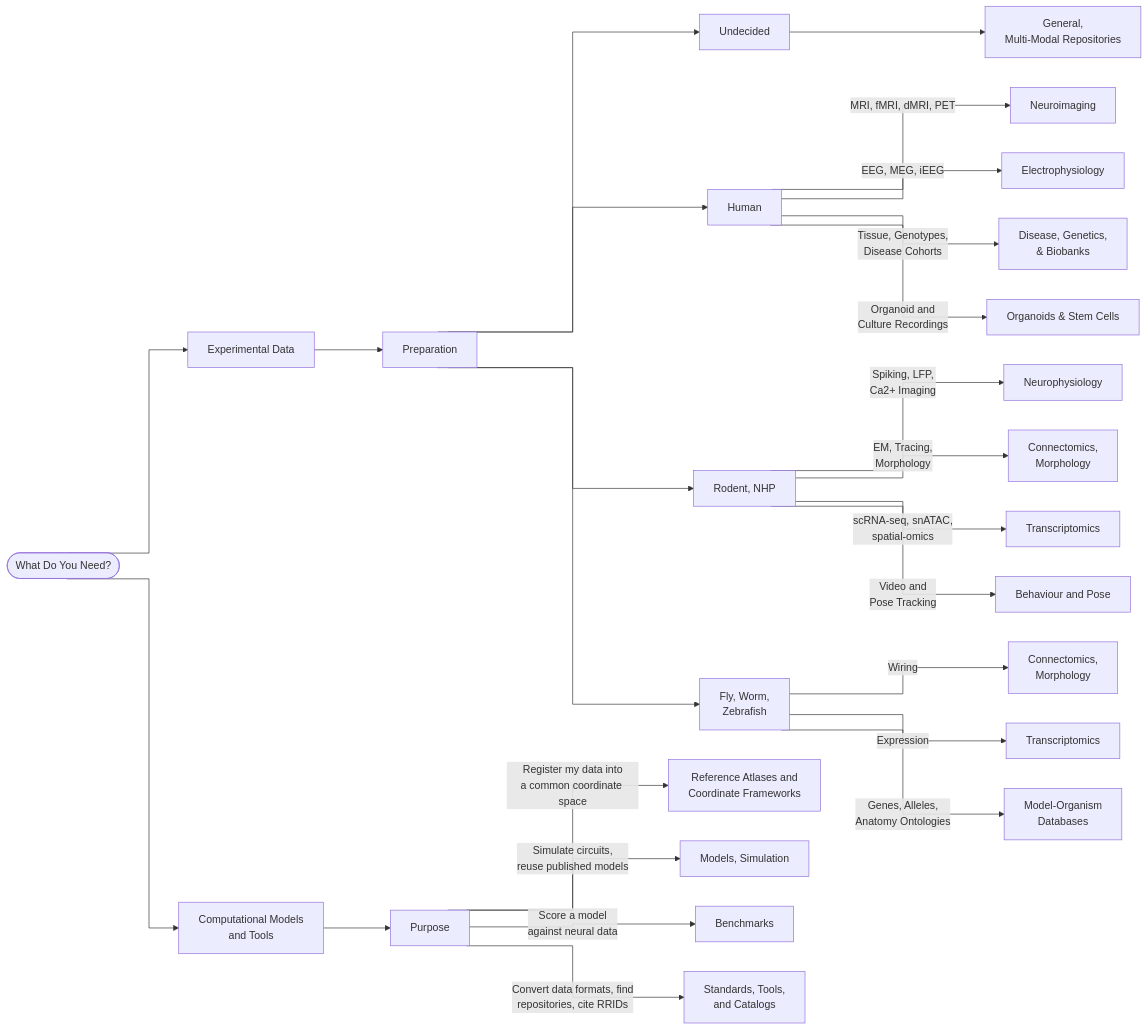
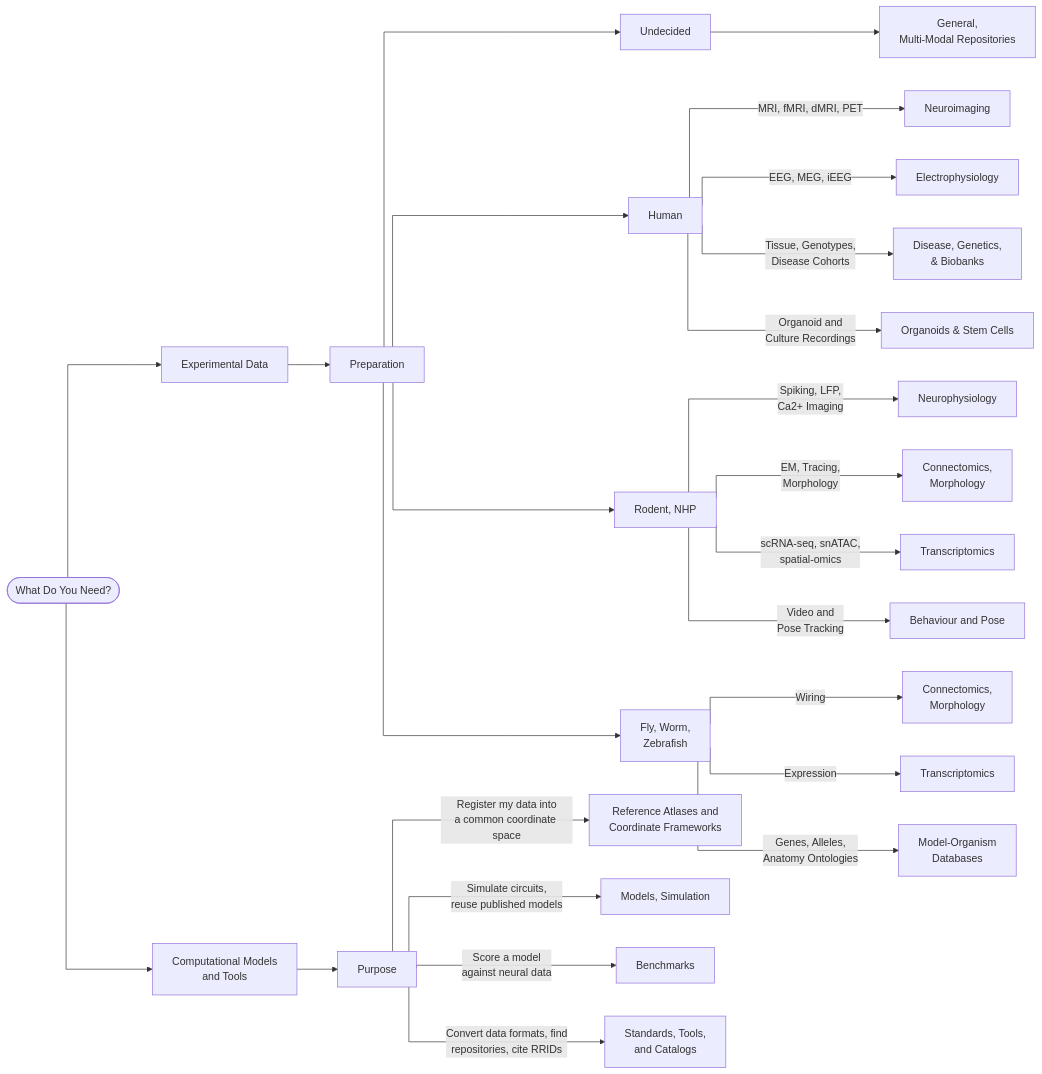
The diagram in docs/index.md (lauramedlock/neuroarchives), drawn with Mermaid before and after one commit.

Commit message:
Change flowchart curve from 'stepAfter' to 'stepBefore'

````diff
--- a/docs/index.md
+++ b/docs/index.md
@@ -41,35 +41,35 @@
 ```mermaid
-%%{init: {"flowchart": {"curve":"stepAfter", "useMaxWidth": true, "rankSpacing": 90, "nodeSpacing": 45}} }%%
+%%{init: {"flowchart": {"curve":"stepBefore", "useMaxWidth": true}} }%%
 flowchart LR
     START([What Do You Need?])
     START --> EXP[Experimental Data]
     START --> MOD[Computational Models<br>and Tools]
 
     EXP --> PREP[Preparation]
     PREP -->GEN[Undecided]
     PREP -->HU[Human]
     PREP -->RO[Rodent, NHP]
     PREP -->INV[Fly, Worm,<br>Zebrafish]
 
     HU -->|MRI, fMRI, dMRI, PET| E1[Neuroimaging]
     HU -->|EEG, MEG, iEEG| E2[Electrophysiology]
     HU -->|Tissue, Genotypes,<br>Disease Cohorts| E3[Disease, Genetics,<br>& Biobanks]
     HU -->|Organoid and<br>Culture Recordings| E4[Organoids & Stem Cells]
 
     RO -->|Spiking, LFP,<br>Ca2+ Imaging| E5[Neurophysiology] 
     RO -->|EM, Tracing,<br>Morphology| E6[Connectomics, <br> Morphology]
     RO -->|scRNA-seq, snATAC,<br>spatial-omics| E7[Transcriptomics]
     RO -->|Video and<br>Pose Tracking| E8[Behaviour and Pose]
 
     INV -->|Wiring| E6b[Connectomics,<br>Morphology]
     INV -->|Expression| E7b[Transcriptomics]
     INV -->|Genes, Alleles,<br>Anatomy Ontologies| E9[Model-Organism<br>Databases]
 
     GEN -->E10[General,<br> Multi-Modal Repositories]
 
     MOD --> PURPOSE[Purpose]
     PURPOSE -->|Register my data into<br>a common coordinate space| M1[Reference Atlases and<br>Coordinate Frameworks]
     PURPOSE -->|Simulate circuits,<br>reuse published models| M2[Models, Simulation]
     PURPOSE -->|Score a model<br>against neural data| M4[Benchmarks]
     PURPOSE -->|Convert data formats, find<br>repositories, cite RRIDs| M3[Standards, Tools,<br>and Catalogs]
 ```
````
